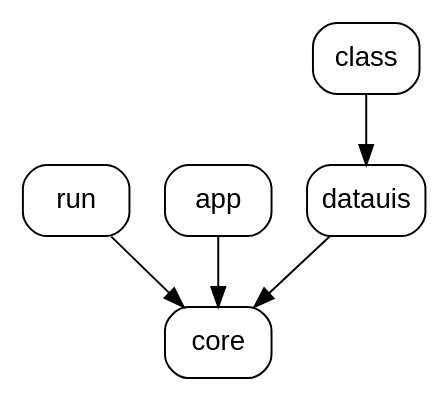
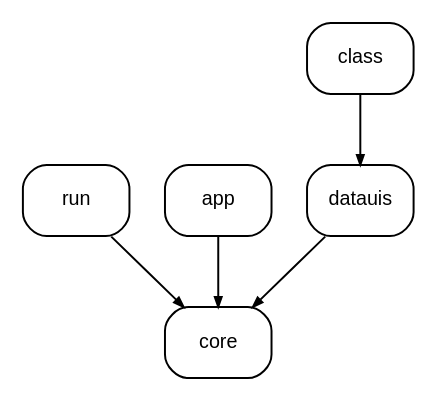
One commit to m-bock/purescript-interactive-data changed the diagram in assets/local-packages-graph.dot. Above: the diagram before and after it, drawn with Graphviz. The commit also changed 7 other files, not shown here.

```diff
--- a/assets/local-packages-graph.dot
+++ b/assets/local-packages-graph.dot
@@ -1,10 +1,18 @@
 digraph G {
-
-  node [shape=rect; style=rounded; fontname="Arial"];
-  datauis;
+  node [
+    shape=rect;
+    style=rounded;
+    fontname="Arial"
+    fontsize="10"
+  ];
+  
+  edge [
+    arrowsize=0.5
+  ];
+  
   
   datauis -> core;
   class -> datauis;
   run -> core;
   app -> core;
 }
```
